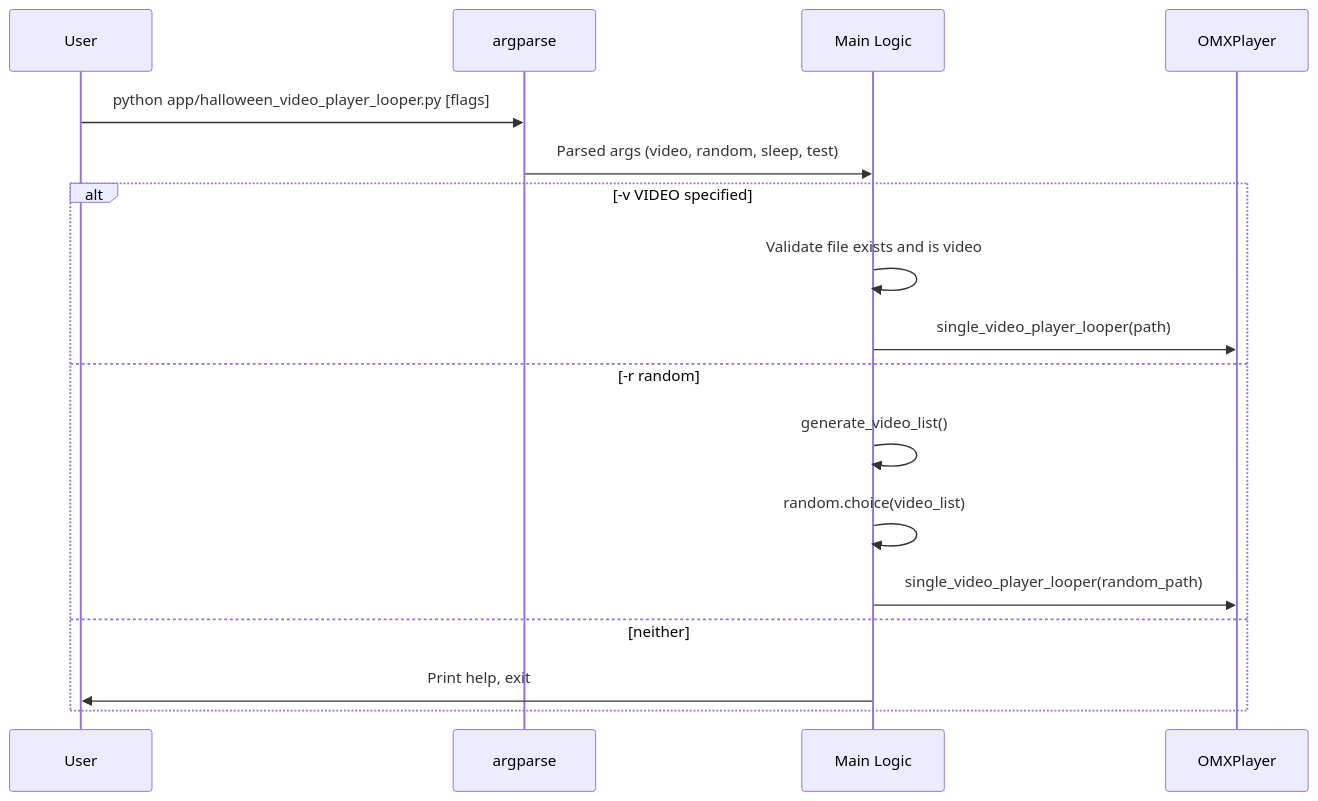
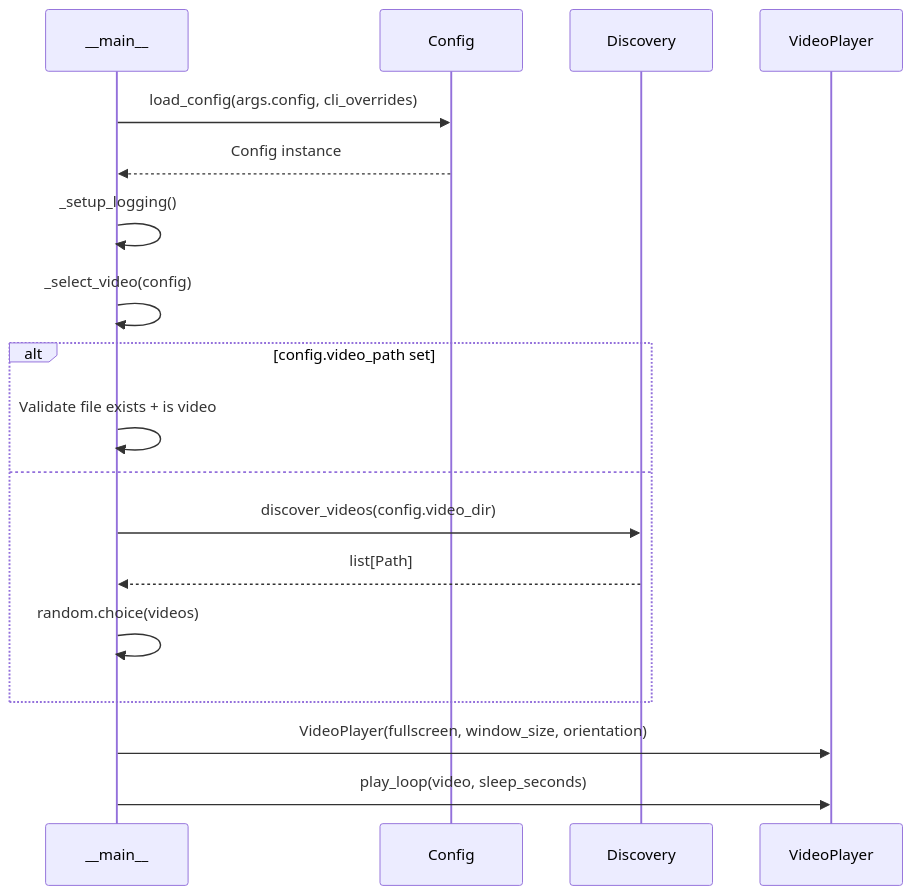
Before and after one commit to frankenwino/halloween_video_player_looper: the first of 2 diagrams in .agents/summary/workflows.md, drawn with Mermaid. The commit also changed other lines of this file and 9 other files, not shown here.

````diff
--- a/.agents/summary/workflows.md
+++ b/.agents/summary/workflows.md
@@ -5,21 +5,21 @@
 ```mermaid
 sequenceDiagram
-    participant U as User
-    participant CLI as argparse
-    participant APP as Main Logic
-    participant OMX as OMXPlayer
+    participant CLI as __main__
+    participant CFG as Config
+    participant DISC as Discovery
+    participant VP as VideoPlayer
 
-    U->>CLI: python app/halloween_video_player_looper.py [flags]
-    CLI->>APP: Parsed args (video, random, sleep, test)
-    
-    alt -v VIDEO specified
-        APP->>APP: Validate file exists and is video
-        APP->>OMX: single_video_player_looper(path)
-    else -r random
-        APP->>APP: generate_video_list()
-        APP->>APP: random.choice(video_list)
-        APP->>OMX: single_video_player_looper(random_path)
-    else neither
-        APP->>U: Print help, exit
+    CLI->>CFG: load_config(args.config, cli_overrides)
+    CFG-->>CLI: Config instance
+    CLI->>CLI: _setup_logging()
+    CLI->>CLI: _select_video(config)
+    alt config.video_path set
+        CLI->>CLI: Validate file exists + is video
+    else
+        CLI->>DISC: discover_videos(config.video_dir)
+        DISC-->>CLI: list[Path]
+        CLI->>CLI: random.choice(videos)
     end
+    CLI->>VP: VideoPlayer(fullscreen, window_size, orientation)
+    CLI->>VP: play_loop(video, sleep_seconds)
 ```
````
